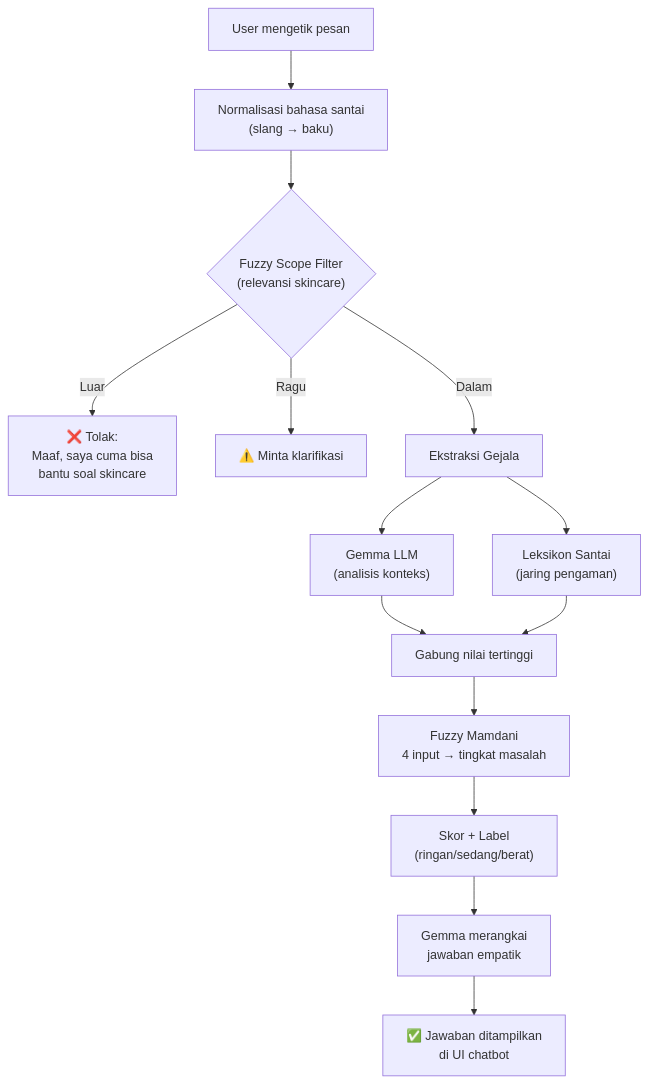
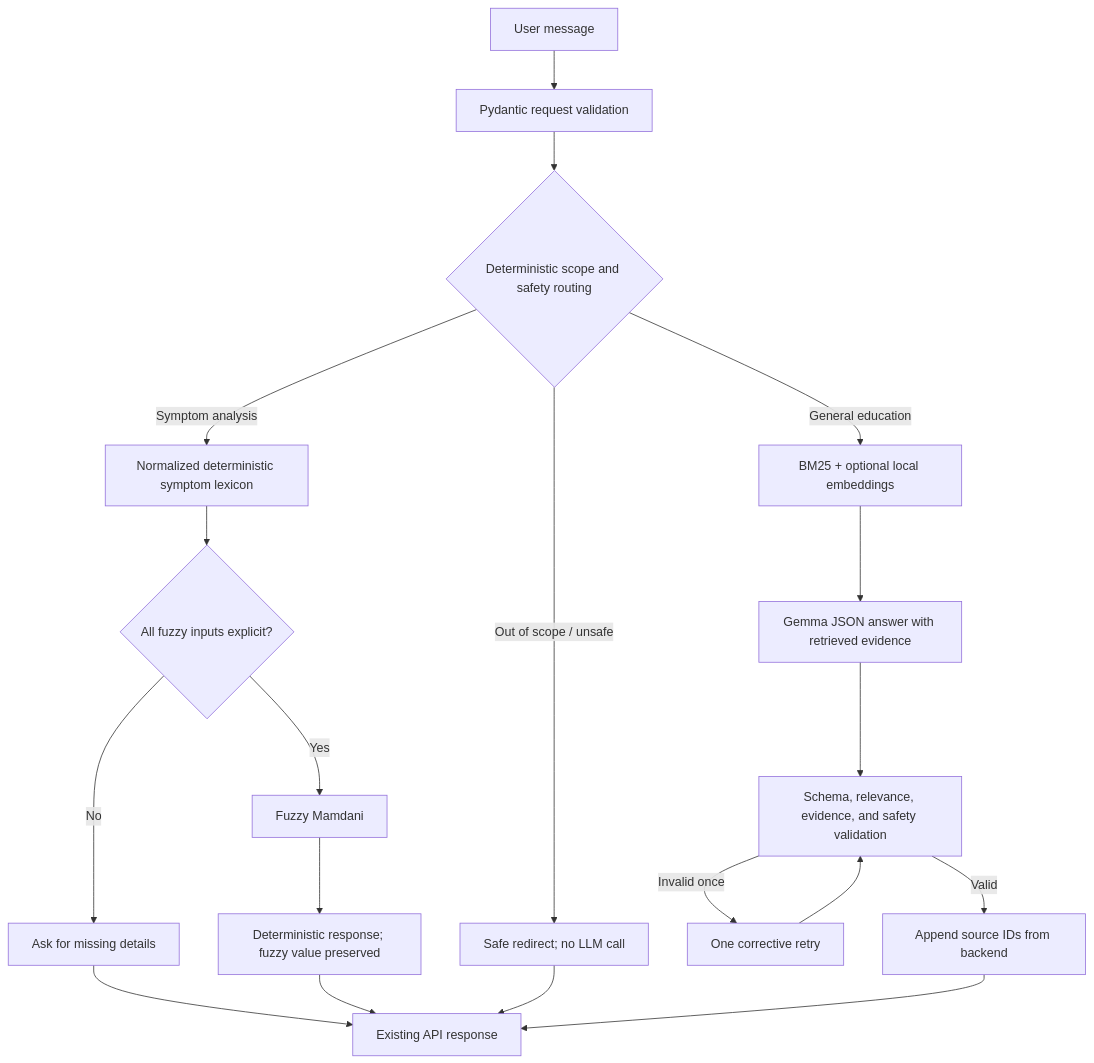
The second of 2 diagrams in README.md (sabiandika/Acne-Detection-chatbot), drawn with Mermaid before and after one commit. The commit also changed other lines of this file and 24 other files, not shown here.

````diff
--- a/README.md
+++ b/README.md
@@ -68,16 +68,21 @@
 ```mermaid
 flowchart TD
-    A["User mengetik pesan"] --> B["Normalisasi bahasa santai\n(slang → baku)"]
-    B --> C{"Fuzzy Scope Filter\n(relevansi skincare)"}
-    C -->|"Luar"| D["❌ Tolak:\nMaaf, saya cuma bisa\nbantu soal skincare"]
-    C -->|"Ragu"| E["⚠️ Minta klarifikasi"]
-    C -->|"Dalam"| F["Ekstraksi Gejala"]
-    F --> G["Gemma LLM\n(analisis konteks)"]
-    F --> H["Leksikon Santai\n(jaring pengaman)"]
-    G --> I["Gabung nilai tertinggi"]
-    H --> I
-    I --> J["Fuzzy Mamdani\n4 input → tingkat masalah"]
-    J --> K["Skor + Label\n(ringan/sedang/berat)"]
-    K --> L["Gemma merangkai\njawaban empatik"]
-    L --> M["✅ Jawaban ditampilkan\ndi UI chatbot"]
+    A["User message"] --> B["Pydantic request validation"]
+    B --> C{"Deterministic scope and safety routing"}
+    C -->|"Out of scope / unsafe"| D["Safe redirect; no LLM call"]
+    C -->|"Symptom analysis"| E["Normalized deterministic symptom lexicon"]
+    E --> F{"All fuzzy inputs explicit?"}
+    F -->|"No"| G["Ask for missing details"]
+    F -->|"Yes"| H["Fuzzy Mamdani"]
+    H --> I["Deterministic response; fuzzy value preserved"]
+    C -->|"General education"| J["BM25 + optional local embeddings"]
+    J --> K["Gemma JSON answer with retrieved evidence"]
+    K --> L["Schema, relevance, evidence, and safety validation"]
+    L -->|"Invalid once"| M["One corrective retry"]
+    L -->|"Valid"| N["Append source IDs from backend"]
+    M --> L
+    G --> O["Existing API response"]
+    I --> O
+    D --> O
+    N --> O
 ```
````
